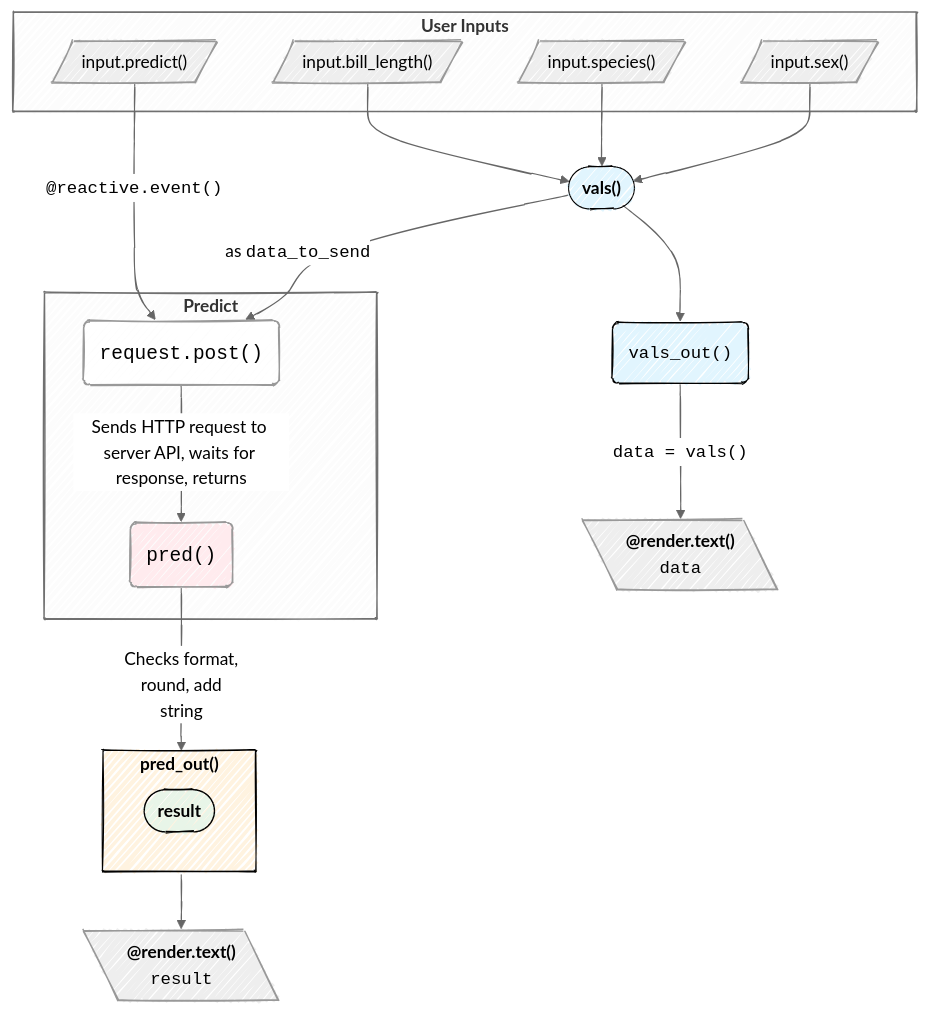
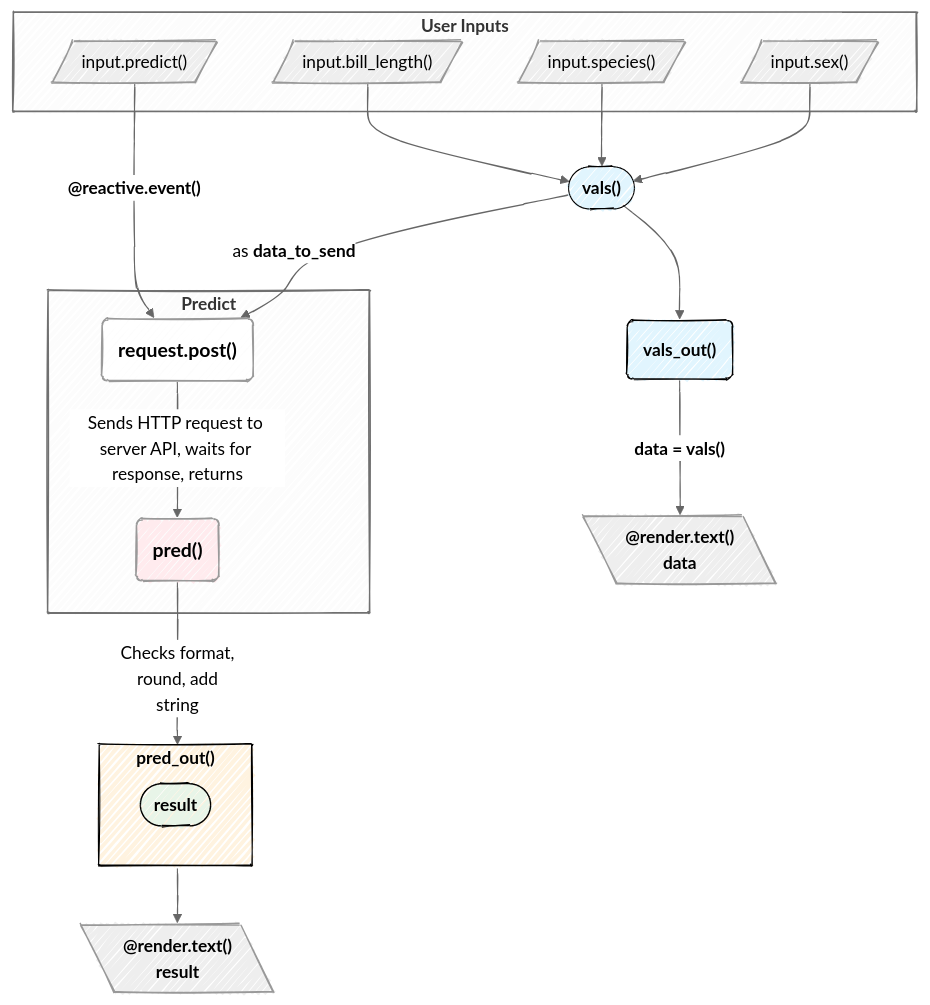
The seventh of 7 diagrams in py-app-api.qmd (mjfrigaard/do4ds-labs), drawn with Mermaid before and after one commit. The commit also changed other lines of this file and 34 other files, not shown here.

Commit message:
updates to mermaid

````diff
--- a/py-app-api.qmd
+++ b/py-app-api.qmd
@@ -894,33 +897,35 @@
 ```{mermaid}
 %%{init: {'theme': 'neutral', 'look': 'handDrawn', 'themeVariables': { 'fontFamily': 'monospace', "fontSize":"16px"}}}%%
+
 flowchart TD
  subgraph Inputs["<strong>User Inputs</strong>"]
         I1[/"input.bill_length()"/]
         I2[/"input.species()"/]
         I3[/"input.sex()"/]
         I4[/"input.predict()"/]
   end
  subgraph Pred["<strong>Predict</strong>"]
-        PredR("<code>pred()</code>")
-        Req("<code>request.post()</code>")
+        PredR("<strong>pred()</strong>")
+        Req("<strong>request.post()</strong>")
   end
  subgraph PredOutReact["<strong>pred_out()</strong>"]
         Res(["<strong>result</strong>"])
   end
     Req -- Sends HTTP request to server API, waits for response, returns --> PredR
     PredR -- Checks format,<br>round, add<br> string --> PredOutReact
     I1 --> ValsReact(["<strong>vals()</strong>"])
     I2 --> ValsReact
     I3 --> ValsReact
-    I4 -- "<code>@reactive.event()</code>" --> Req
-    ValsReact -- as <code>data_to_send</code> --> Req
-    ValsReact --> ValsOut("<code>vals_out()</code>")
-    ValsOut -- "<code>data = vals()</code>" --> RenPrnt[\"<strong>@render.text()</strong><br><code>data</code>"\]
-    PredOutReact --> RenTxt[\"<strong>@render.text()</strong><br><code>result</code>"\]
+    I4 -- "<strong>@reactive.event()</strong>" --> Req
+    ValsReact -- as <strong>data_to_send</strong> --> Req
+    ValsReact --> ValsOut("<strong>vals_out()</strong>")
+    ValsOut -- "<strong>data = vals()</strong>" --> RenPrnt[\"<strong>@render.text()</strong><br><strong>data</strong>"\]
+    PredOutReact --> RenTxt[\"<strong>@render.text()</strong><br><strong>result</strong>"\]
+    
     style Req fill:#FFF,color:#000,rx:20,ry:20,font-size:18px
     style PredR fill:#ffebee,color:#000,font-size:18px
     style Res fill:#e8f5e8,stroke:#000,color:#000
     style ValsReact fill:#e1f5fe,stroke:#000,color:#000,stroke-width:1px,rx:10,ry:10,font-size:16px
     style PredOutReact fill:#fff3e0,stroke:#000,color:#000,stroke-width:1px,rx:10,ry:10,font-size:16px
     style ValsOut fill:#e1f5fe,stroke:#000,color:#000,stroke-width:1px,rx:10,ry:10,font-size:16px
 ```
````
